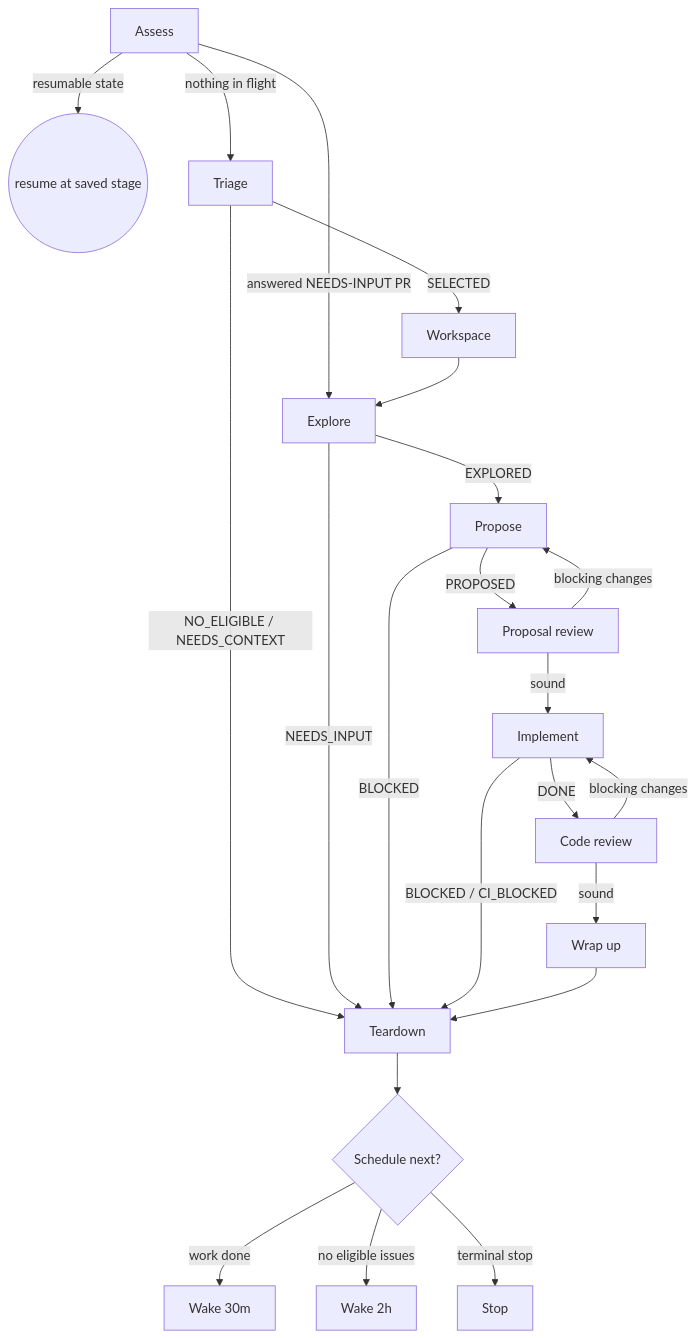
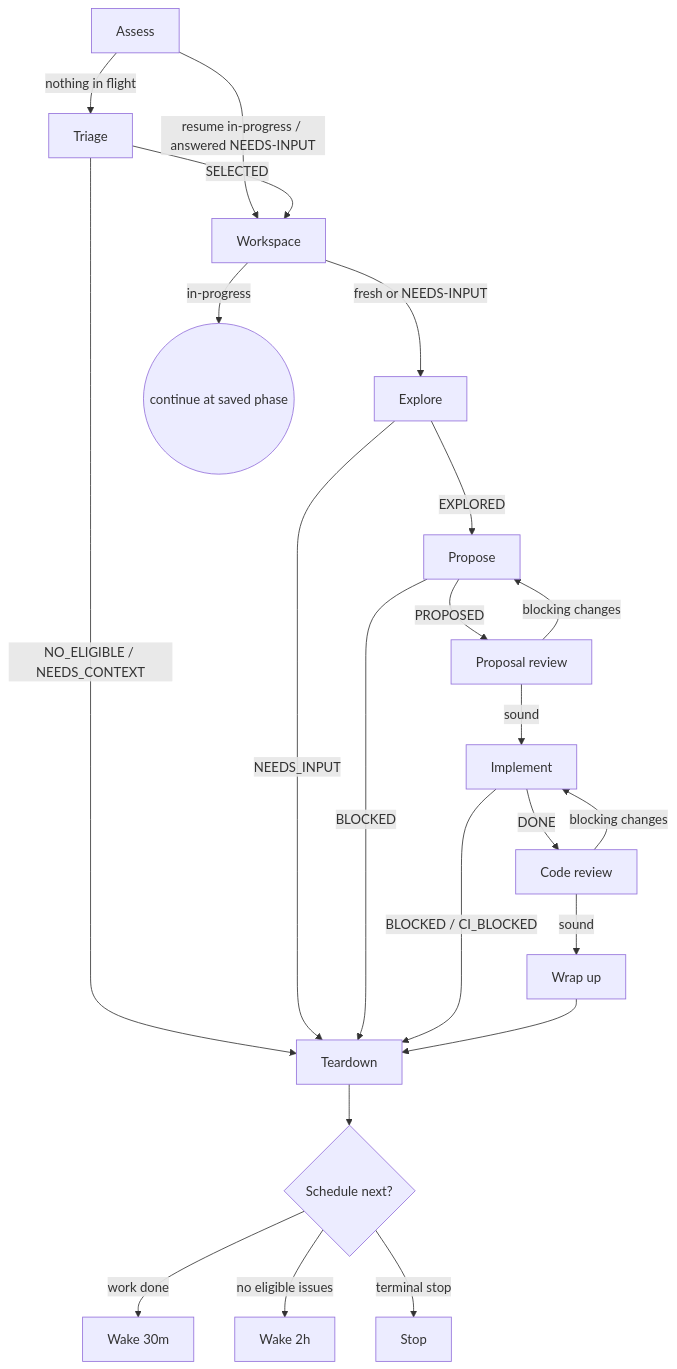
One commit to dafrick/openspec-auto changed the diagram in skill/openspec-auto/SKILL.md. Above: the diagram before and after it, drawn with Mermaid. The commit also changed other lines of this file and 7 other files, not shown here.

First line of the commit message:
feat: default branch in config; resume re-establishes the workspace

````diff
--- a/skill/openspec-auto/SKILL.md
+++ b/skill/openspec-auto/SKILL.md
@@ -13,29 +13,29 @@
 ```mermaid
 flowchart TD
-    A[Assess] -->|resumable state| RJ((resume at saved stage))
-    A -->|answered NEEDS-INPUT PR| E[Explore]
+    A[Assess] -->|resume in-progress / answered NEEDS-INPUT| W[Workspace]
     A -->|nothing in flight| T[Triage]
 
-    T -->|SELECTED| W[Workspace]
+    T -->|SELECTED| W
     T -->|NO_ELIGIBLE / NEEDS_CONTEXT| Z[Teardown]
 
-    W --> E
+    W -->|fresh or NEEDS-INPUT| E[Explore]
+    W -->|in-progress| RJ((continue at saved phase))
     E -->|EXPLORED| P[Propose]
     E -->|NEEDS_INPUT| Z
 
     P -->|PROPOSED| PV[Proposal review]
     P -->|BLOCKED| Z
     PV -->|sound| I[Implement]
     PV -->|blocking changes| P
     I -->|DONE| V[Code review]
     I -->|BLOCKED / CI_BLOCKED| Z
 
     V -->|sound| F[Wrap up]
     V -->|blocking changes| I
 
     F --> Z
     Z --> S{Schedule next?}
     S -->|work done| K[Wake 30m]
     S -->|no eligible issues| L[Wake 2h]
     S -->|terminal stop| H[Stop]
 ```
````
